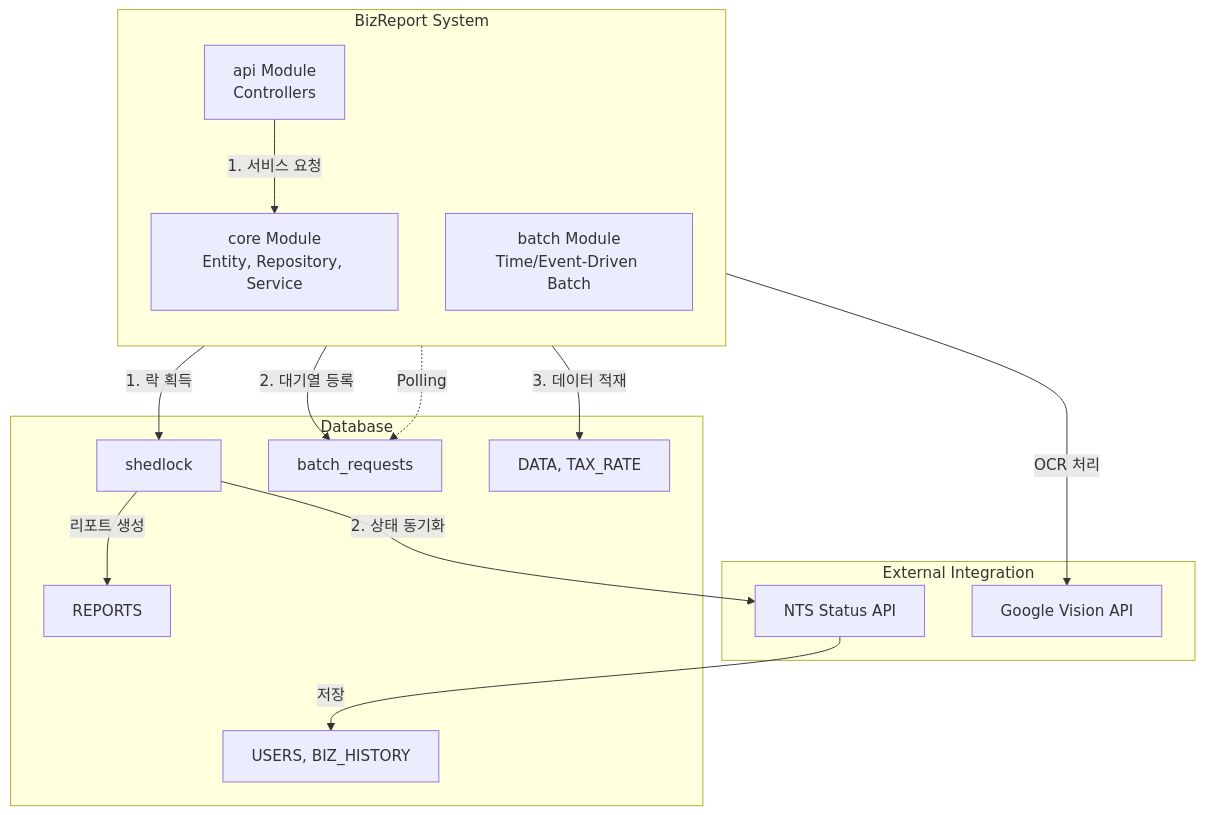
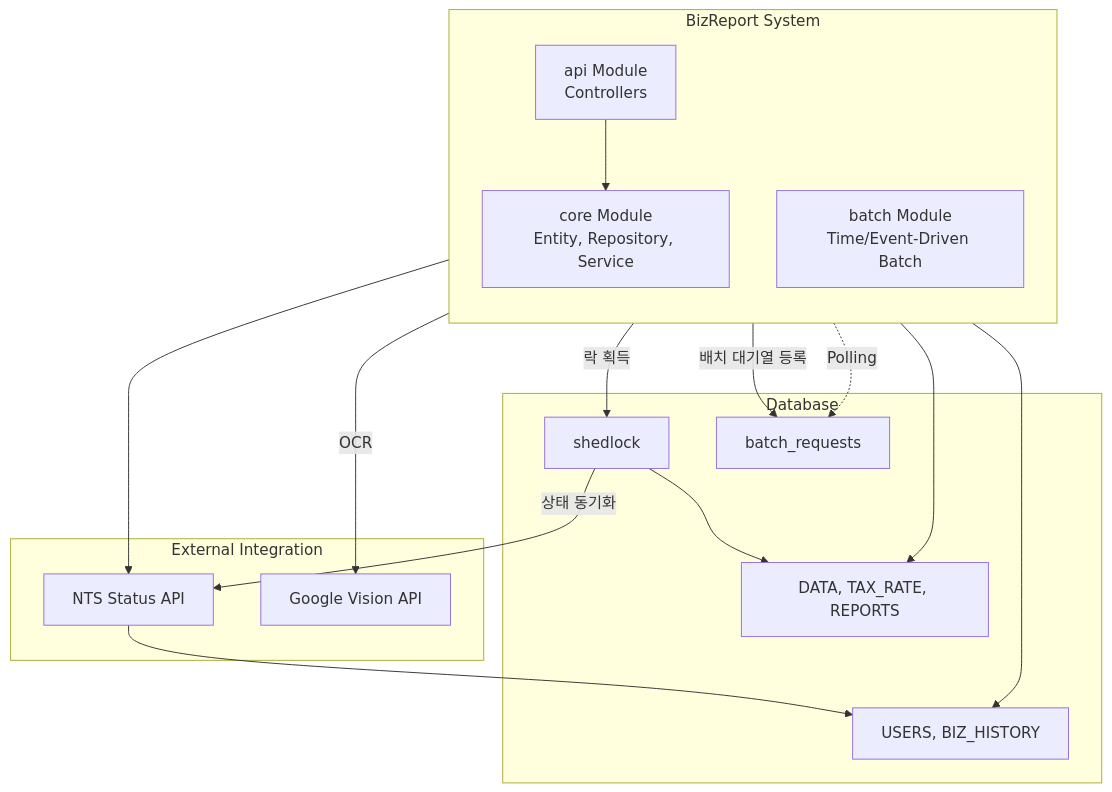
Before and after one commit to solkim7612/BizReport: the first of 2 diagrams in README.md, drawn with Mermaid.

Commit message:
correct readme3.3

````diff
--- a/README.md
+++ b/README.md
@@ -37,37 +37,38 @@
 ```mermaid
 graph TD
     subgraph EXT[External Integration]
         NTS[NTS Status API]
         GVA[Google Vision API]
     end
 
     subgraph SYS[BizReport System]
         direction TB
         API["api Module<br/>Controllers"]
         CORE["core Module<br/>Entity, Repository, Service"]
         BATCH["batch Module<br/>Time/Event-Driven Batch"]
     end
 
     subgraph DB[Database]
         SHED[shedlock]
         REQ[batch_requests]
-        DATA[DATA, TAX_RATE]
+        DATA[DATA, TAX_RATE, REPORTS]
         USR[USERS, BIZ_HISTORY]
-        REP[REPORTS]
     end
 
-    %% API to Core
-    API -->|1. 서비스 요청| CORE
-    CORE -->|OCR 처리| GVA
+    %% API 모듈 흐름
+    API --> CORE
     
-    %% Event-Driven Flow
-    CORE -->|2. 대기열 등록| REQ
+    %% Core 모듈 흐름
+    CORE -->|OCR| GVA
+    CORE --> NTS
+    CORE -->|배치 대기열 등록| REQ
+    CORE --> DATA
+    CORE --> USR
+    
+    %% Batch 모듈 흐름
     BATCH -.->|Polling| REQ
-    BATCH -->|3. 데이터 적재| DATA
-    
-    %% Time-Driven Flow
-    BATCH -->|1. 락 획득| SHED
-    SHED -->|2. 상태 동기화| NTS
-    NTS -->|저장| USR
-    SHED -->|리포트 생성| REP
+    BATCH -->|락 획득| SHED
+    SHED -->|상태 동기화| NTS
+    NTS --> USR
+    SHED --> DATA
 ```
````
